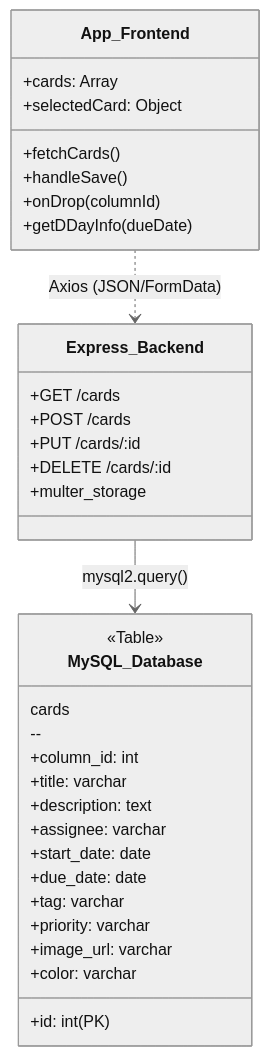
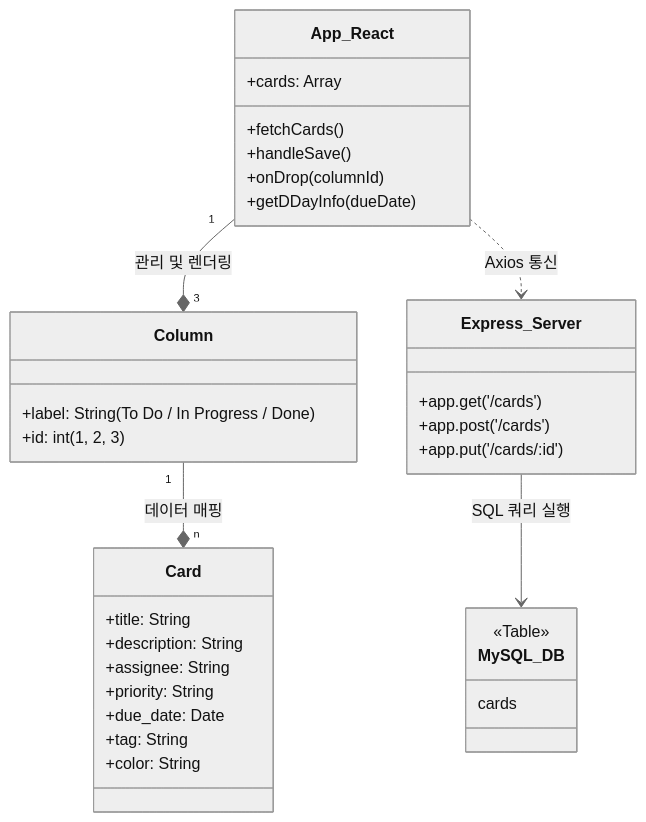
Before and after one commit to bina1216/kanban-project: the diagram in README.md, drawn with Mermaid (neutral theme).

````diff
--- a/README.md
+++ b/README.md
@@ -52,37 +52,37 @@
 ```mermaid
 classDiagram
-    class App_Frontend {
+    class App_React {
         +cards: Array
-        +selectedCard: Object
         +fetchCards()
         +handleSave()
         +onDrop(columnId)
         +getDDayInfo(dueDate)
     }
-    class Express_Backend {
-        +GET /cards
-        +POST /cards
-        +PUT /cards/:id
-        +DELETE /cards/:id
-        +multer_storage
+    class Column {
+        +label: String (To Do / In Progress / Done)
+        +id: int (1, 2, 3)
     }
-    class MySQL_Database {
+    class Card {
+        +title: String
+        +description: String
+        +assignee: String
+        +priority: String
+        +due_date: Date
+        +tag: String
+        +color: String
+    }
+    class Express_Server {
+        +app.get('/cards')
+        +app.post('/cards')
+        +app.put('/cards/:id')
+    }
+    class MySQL_DB {
         <<Table>>
         cards
-        --
-        +id: int(PK)
-        +column_id: int
-        +title: varchar
-        +description: text
-        +assignee: varchar
-        +start_date: date
-        +due_date: date
-        +tag: varchar
-        +priority: varchar
-        +image_url: varchar
-        +color: varchar
     }
 
-    App_Frontend ..> Express_Backend : Axios (JSON/FormData)
-    Express_Backend --> MySQL_Database : mysql2.query()
+    App_React "1" --* "3" Column : 관리 및 렌더링
+    Column "1" --* "n" Card : 데이터 매핑
+    App_React ..> Express_Server : Axios 통신
+    Express_Server --> MySQL_DB : SQL 쿼리 실행
 ```
````
